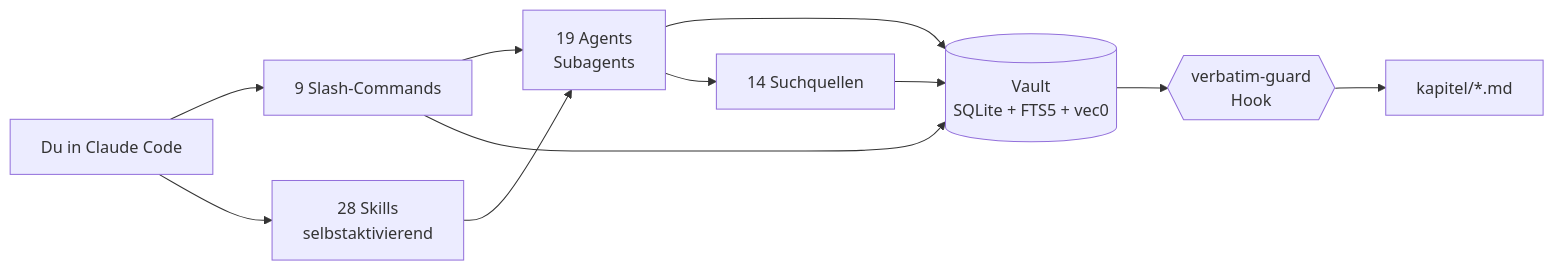
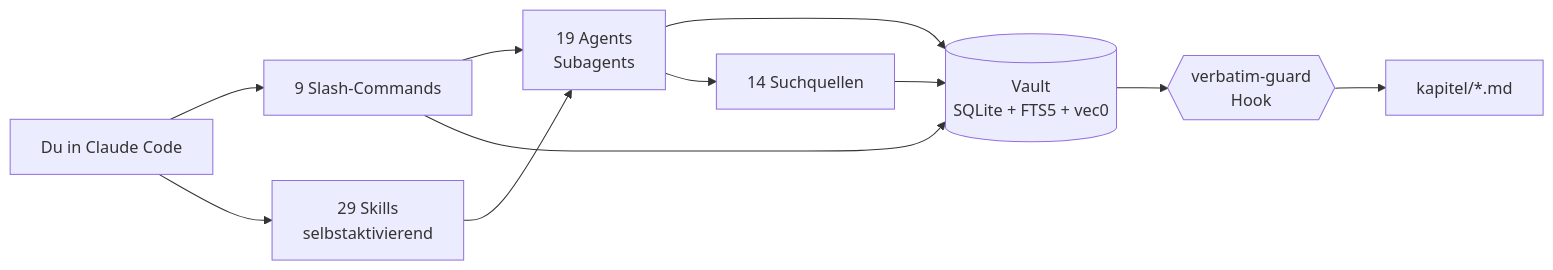
One commit to ahlerjam/academic-research changed the diagram in README.md. Above: the diagram before and after it, drawn with Mermaid. The commit also changed other lines of this file and 18 other files, not shown here.

````diff
--- a/README.md
+++ b/README.md
@@ -75,13 +75,13 @@
 ```mermaid
 graph LR
     U[Du in Claude Code] --> C[9 Slash-Commands]
-    U --> S[28 Skills<br/>selbstaktivierend]
+    U --> S[29 Skills<br/>selbstaktivierend]
     C --> A[19 Agents<br/>Subagents]
     S --> A
     A --> V[(Vault<br/>SQLite + FTS5 + vec0)]
     C --> V
     A --> Q[14 Suchquellen]
     Q --> V
     V --> H{{verbatim-guard<br/>Hook}}
     H --> K[kapitel/*.md]
 ```
````
